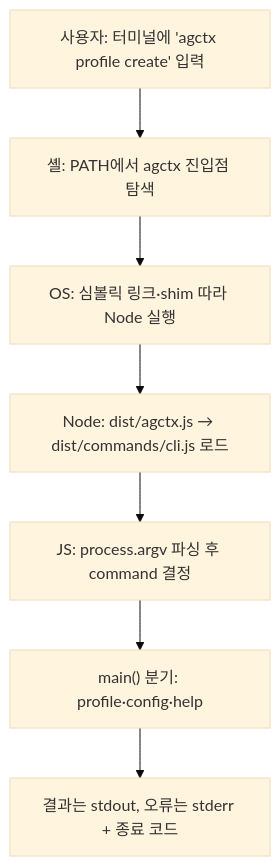
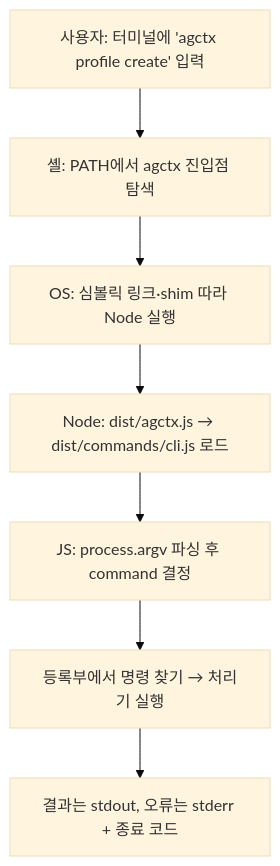
Before and after one commit to IsthisLee/agent-context-manager: the third of 6 diagrams in docs/implementation-principles.md, drawn with Mermaid (base theme). The commit also changed other lines of this file and 60 other files, not shown here.

````diff
--- a/docs/implementation-principles.md
+++ b/docs/implementation-principles.md
@@ -172,9 +172,9 @@
 ```mermaid
 flowchart TD
   A["사용자: 터미널에 'agctx profile create' 입력"] --> B["셸: PATH에서 agctx 진입점 탐색"]
   B --> C["OS: 심볼릭 링크·shim 따라 Node 실행"]
   C --> D["Node: dist/agctx.js → dist/commands/cli.js 로드"]
   D --> E["JS: process.argv 파싱 후 command 결정"]
-  E --> F["main() 분기: profile·config·help"]
+  E --> F["등록부에서 명령 찾기 → 처리기 실행"]
   F --> G["결과는 stdout, 오류는 stderr + 종료 코드"]
 ```
````
